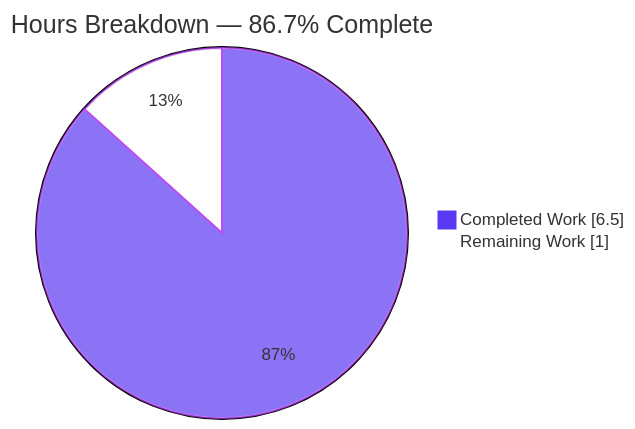
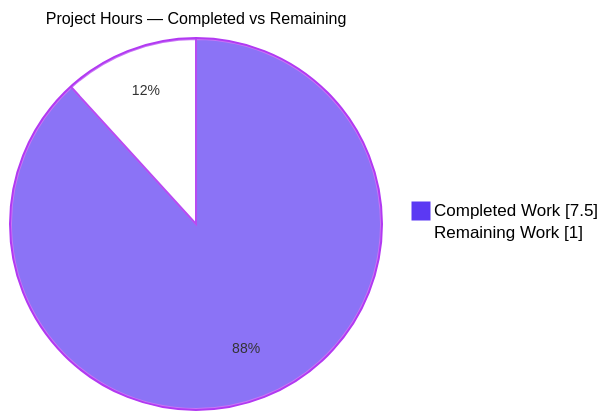
Before and after one commit to shaliniblitzy/Check11May: the second of 4 diagrams in blitzy/documentation/Project Guide.md, drawn with Mermaid. The commit also changed other lines of this file, not shown here.

Commit message:
Adding Blitzy Project Guide: Project Status and Human Tasks Remaining

````diff
--- a/blitzy/documentation/Project Guide.md
+++ b/blitzy/documentation/Project Guide.md
@@ -222,6 +218,6 @@
 ```mermaid
-%%{init: {'theme':'base', 'themeVariables': {'pie1': '#5B39F3', 'pie2': '#FFFFFF', 'pieStrokeColor': '#B23AF2', 'pieStrokeWidth': '2px'}}}%%
-pie showData title Hours Breakdown — 86.7% Complete
-    "Completed Work" : 6.5
+%%{init: {"themeVariables": {"pie1": "#5B39F3", "pie2": "#FFFFFF", "pieStrokeColor": "#B23AF2", "pieOuterStrokeColor": "#B23AF2", "pieTitleTextSize": "16px", "pieSectionTextSize": "14px"}}}%%
+pie showData title Project Hours — Completed vs Remaining
+    "Completed Work" : 7.5
     "Remaining Work" : 1.0
 ```
````
